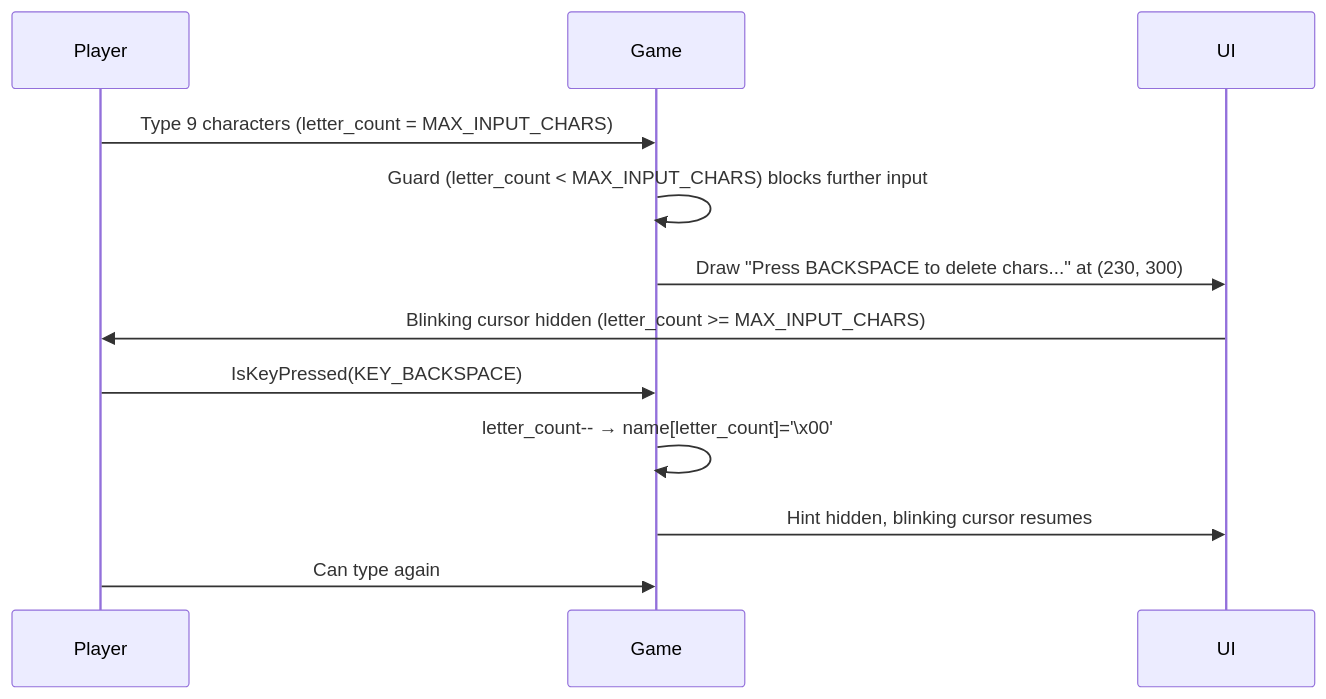
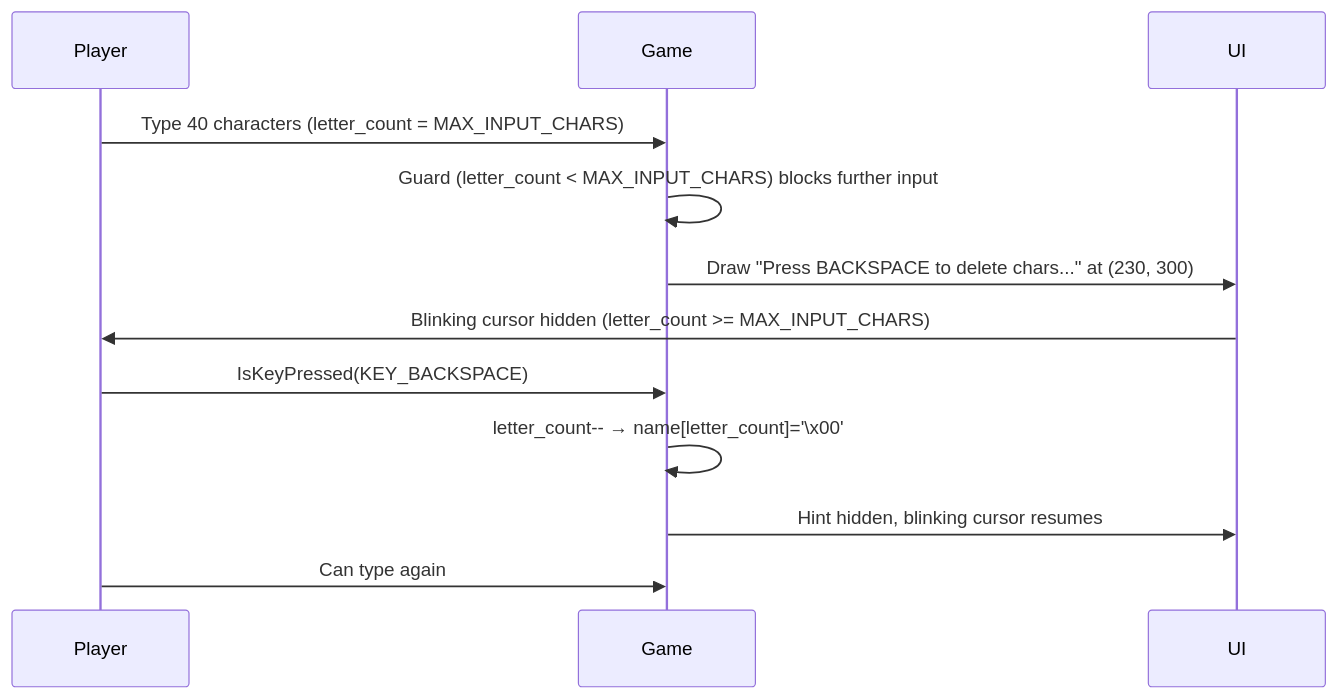
Before and after one commit to bfernandez31/death-note: the fifth of 10 diagrams in specs/specifications/features.md, drawn with Mermaid. The commit also changed other lines of this file and 8 other files, not shown here.

````diff
--- a/specs/specifications/features.md
+++ b/specs/specifications/features.md
@@ -376,15 +578,15 @@
 ```mermaid
 sequenceDiagram
     participant Player
     participant Game
     participant UI
 
-    Player->>Game: Type 9 characters (letter_count = MAX_INPUT_CHARS)
+    Player->>Game: Type 40 characters (letter_count = MAX_INPUT_CHARS)
     Game->>Game: Guard (letter_count < MAX_INPUT_CHARS) blocks further input
     Game->>UI: Draw "Press BACKSPACE to delete chars..." at (230, 300)
     UI->>Player: Blinking cursor hidden (letter_count >= MAX_INPUT_CHARS)
     Player->>Game: IsKeyPressed(KEY_BACKSPACE)
     Game->>Game: letter_count-- → name[letter_count]='\x00'
     Game->>UI: Hint hidden, blinking cursor resumes
     Player->>Game: Can type again
 ```
````
